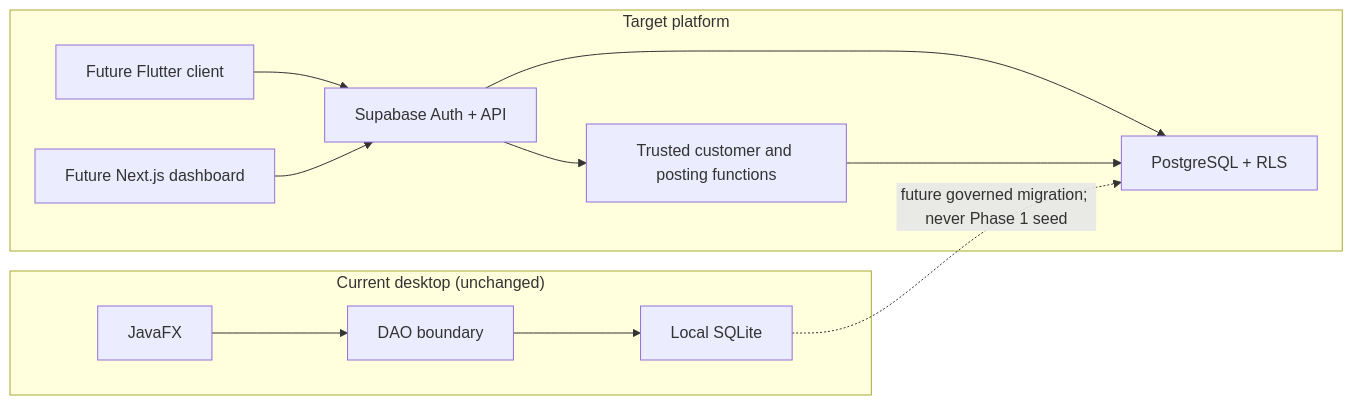
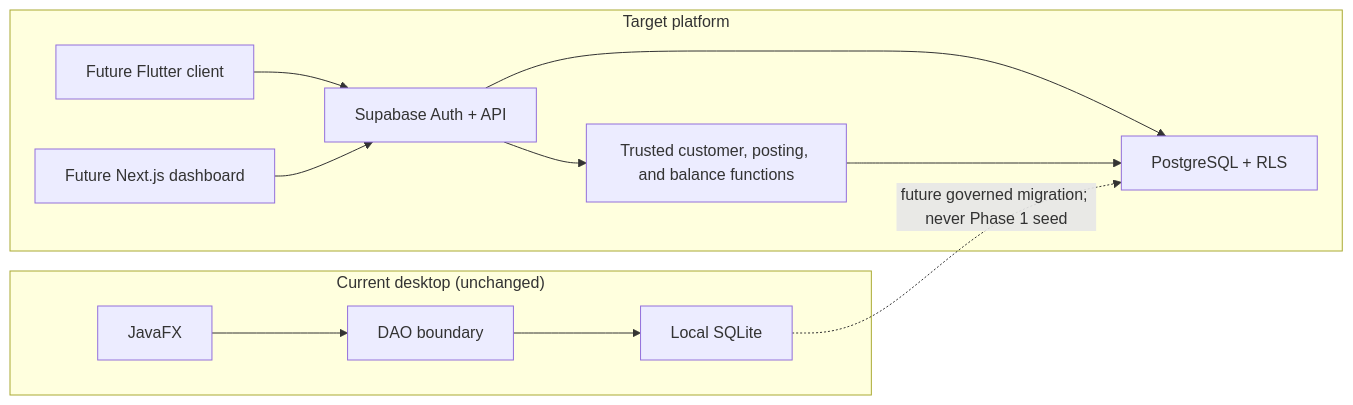
Before and after one commit to yash200508/credit-accounting: the diagram in docs/architecture.md, drawn with Mermaid. The commit also changed other lines of this file and 20 other files, not shown here.

````diff
--- a/docs/architecture.md
+++ b/docs/architecture.md
@@ -10,17 +11,17 @@
 ```mermaid
 flowchart LR
     subgraph Current["Current desktop (unchanged)"]
         J["JavaFX"] --> D["DAO boundary"]
         D --> S["Local SQLite"]
     end
 
     subgraph Target["Target platform"]
         F["Future Flutter client"] --> A["Supabase Auth + API"]
         N["Future Next.js dashboard"] --> A
         A --> P["PostgreSQL + RLS"]
-        A --> X["Trusted customer and posting functions"]
+        A --> X["Trusted customer, posting, and balance functions"]
         X --> P
     end
 
     S -. "future governed migration; never Phase 1 seed" .-> P
 ```
````
